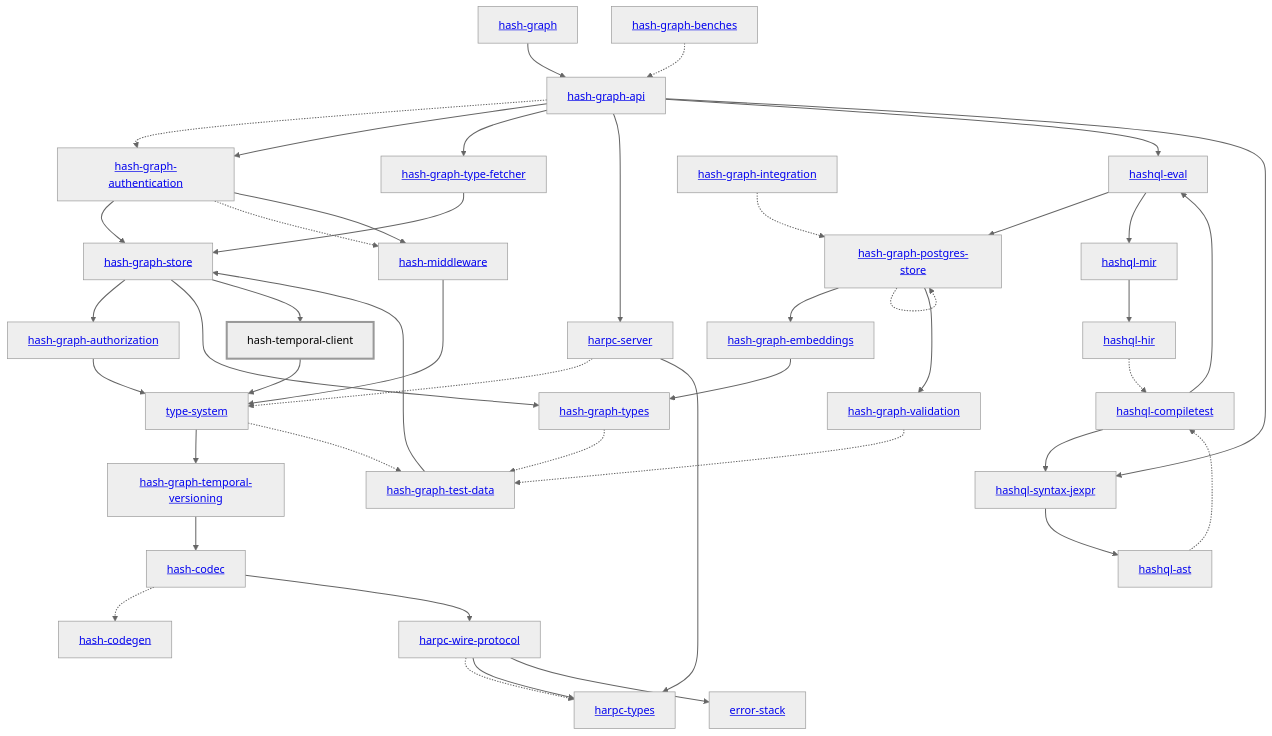
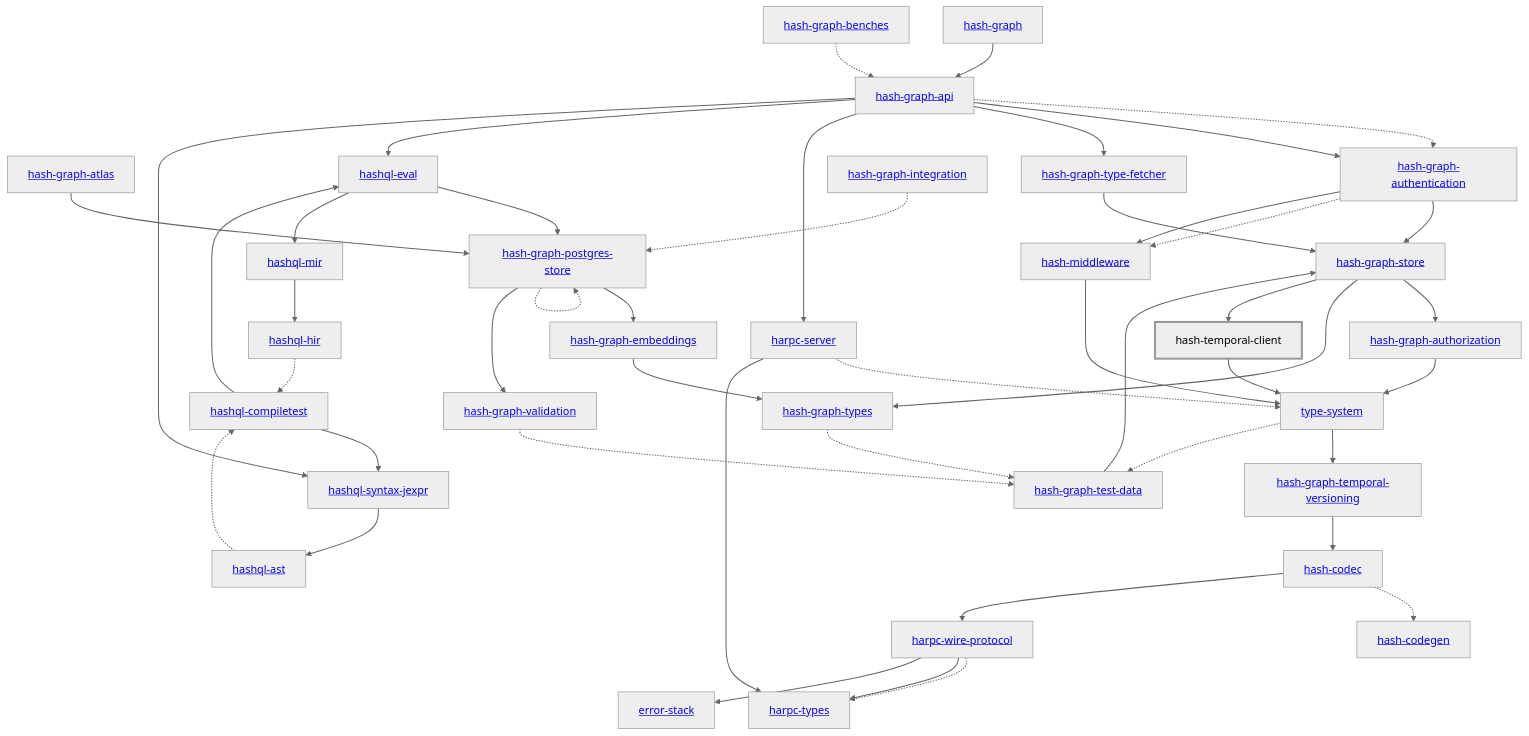
The diagram in libs/@local/temporal-client/docs/dependency-diagram.mmd (hashintel/hash), drawn with Mermaid (neutral theme) before and after one commit. The commit also changed 640 other files, not shown here.

Commit message:
feat: the hash-graph-atlas crate

```diff
--- a/libs/@local/temporal-client/docs/dependency-diagram.mmd
+++ b/libs/@local/temporal-client/docs/dependency-diagram.mmd
@@ -1,84 +1,86 @@
 graph TD
     linkStyle default stroke-width:1.5px
     classDef default stroke-width:1px
     classDef root stroke-width:3px
     classDef dev stroke-width:1px
     classDef build stroke-width:1px
     %% Legend
     %% --> : Normal dependency
     %% -.-> : Dev dependency
     %% ---> : Build dependency
     0[<a href="../hash_graph/index.html">hash-graph</a>]
     1[<a href="../type_system/index.html">type-system</a>]
     2[<a href="../hash_codec/index.html">hash-codec</a>]
     3[<a href="../hash_codegen/index.html">hash-codegen</a>]
     4[<a href="../hash_graph_api/index.html">hash-graph-api</a>]
-    5[<a href="../hash_graph_authentication/index.html">hash-graph-authentication</a>]
-    6[<a href="../hash_graph_authorization/index.html">hash-graph-authorization</a>]
-    7[<a href="../hash_graph_embeddings/index.html">hash-graph-embeddings</a>]
-    8[<a href="../hash_graph_postgres_store/index.html">hash-graph-postgres-store</a>]
-    9[<a href="../hash_graph_store/index.html">hash-graph-store</a>]
-    10[<a href="../hash_graph_temporal_versioning/index.html">hash-graph-temporal-versioning</a>]
-    11[<a href="../hash_graph_type_fetcher/index.html">hash-graph-type-fetcher</a>]
-    12[<a href="../hash_graph_types/index.html">hash-graph-types</a>]
-    13[<a href="../hash_graph_validation/index.html">hash-graph-validation</a>]
-    14[<a href="../harpc_server/index.html">harpc-server</a>]
-    15[<a href="../harpc_types/index.html">harpc-types</a>]
-    16[<a href="../harpc_wire_protocol/index.html">harpc-wire-protocol</a>]
-    17[<a href="../hashql_ast/index.html">hashql-ast</a>]
-    18[<a href="../hashql_compiletest/index.html">hashql-compiletest</a>]
-    19[<a href="../hashql_eval/index.html">hashql-eval</a>]
-    20[<a href="../hashql_hir/index.html">hashql-hir</a>]
-    21[<a href="../hashql_mir/index.html">hashql-mir</a>]
-    22[<a href="../hashql_syntax_jexpr/index.html">hashql-syntax-jexpr</a>]
-    23[<a href="../hash_middleware/index.html">hash-middleware</a>]
-    24[hash-temporal-client]
-    class 24 root
-    25[<a href="../error_stack/index.html">error-stack</a>]
-    26[<a href="../hash_graph_benches/index.html">hash-graph-benches</a>]
-    27[<a href="../hash_graph_integration/index.html">hash-graph-integration</a>]
-    28[<a href="../hash_graph_test_data/index.html">hash-graph-test-data</a>]
+    5[<a href="../hash_graph_atlas/index.html">hash-graph-atlas</a>]
+    6[<a href="../hash_graph_authentication/index.html">hash-graph-authentication</a>]
+    7[<a href="../hash_graph_authorization/index.html">hash-graph-authorization</a>]
+    8[<a href="../hash_graph_embeddings/index.html">hash-graph-embeddings</a>]
+    9[<a href="../hash_graph_postgres_store/index.html">hash-graph-postgres-store</a>]
+    10[<a href="../hash_graph_store/index.html">hash-graph-store</a>]
+    11[<a href="../hash_graph_temporal_versioning/index.html">hash-graph-temporal-versioning</a>]
+    12[<a href="../hash_graph_type_fetcher/index.html">hash-graph-type-fetcher</a>]
+    13[<a href="../hash_graph_types/index.html">hash-graph-types</a>]
+    14[<a href="../hash_graph_validation/index.html">hash-graph-validation</a>]
+    15[<a href="../harpc_server/index.html">harpc-server</a>]
+    16[<a href="../harpc_types/index.html">harpc-types</a>]
+    17[<a href="../harpc_wire_protocol/index.html">harpc-wire-protocol</a>]
+    18[<a href="../hashql_ast/index.html">hashql-ast</a>]
+    19[<a href="../hashql_compiletest/index.html">hashql-compiletest</a>]
+    20[<a href="../hashql_eval/index.html">hashql-eval</a>]
+    21[<a href="../hashql_hir/index.html">hashql-hir</a>]
+    22[<a href="../hashql_mir/index.html">hashql-mir</a>]
+    23[<a href="../hashql_syntax_jexpr/index.html">hashql-syntax-jexpr</a>]
+    24[<a href="../hash_middleware/index.html">hash-middleware</a>]
+    25[hash-temporal-client]
+    class 25 root
+    26[<a href="../error_stack/index.html">error-stack</a>]
+    27[<a href="../hash_graph_benches/index.html">hash-graph-benches</a>]
+    28[<a href="../hash_graph_integration/index.html">hash-graph-integration</a>]
+    29[<a href="../hash_graph_test_data/index.html">hash-graph-test-data</a>]
     0 --> 4
-    1 --> 10
-    1 -.-> 28
+    1 --> 11
+    1 -.-> 29
     2 -.-> 3
-    2 --> 16
-    4 -.-> 5
-    4 --> 5
-    4 --> 11
-    4 --> 14
-    4 --> 19
-    4 --> 22
+    2 --> 17
+    4 -.-> 6
+    4 --> 6
+    4 --> 12
+    4 --> 15
+    4 --> 20
+    4 --> 23
     5 --> 9
-    5 -.-> 23
-    5 --> 23
-    6 --> 1
-    7 --> 12
-    8 --> 7
-    8 -.-> 8
+    6 --> 10
+    6 -.-> 24
+    6 --> 24
+    7 --> 1
     8 --> 13
-    9 --> 6
-    9 --> 12
-    9 --> 24
-    10 --> 2
-    11 --> 9
-    12 -.-> 28
-    13 -.-> 28
-    14 -.-> 1
-    14 --> 15
-    16 -.-> 15
-    16 --> 15
-    16 --> 25
-    17 -.-> 18
-    18 --> 19
-    18 --> 22
-    19 --> 8
-    19 --> 21
-    20 -.-> 18
-    21 --> 20
-    22 --> 17
-    23 --> 1
+    9 --> 8
+    9 -.-> 9
+    9 --> 14
+    10 --> 7
+    10 --> 13
+    10 --> 25
+    11 --> 2
+    12 --> 10
+    13 -.-> 29
+    14 -.-> 29
+    15 -.-> 1
+    15 --> 16
+    17 -.-> 16
+    17 --> 16
+    17 --> 26
+    18 -.-> 19
+    19 --> 20
+    19 --> 23
+    20 --> 9
+    20 --> 22
+    21 -.-> 19
+    22 --> 21
+    23 --> 18
     24 --> 1
-    26 -.-> 4
-    27 -.-> 8
-    28 --> 9
+    25 --> 1
+    27 -.-> 4
+    28 -.-> 9
+    29 --> 10
```
